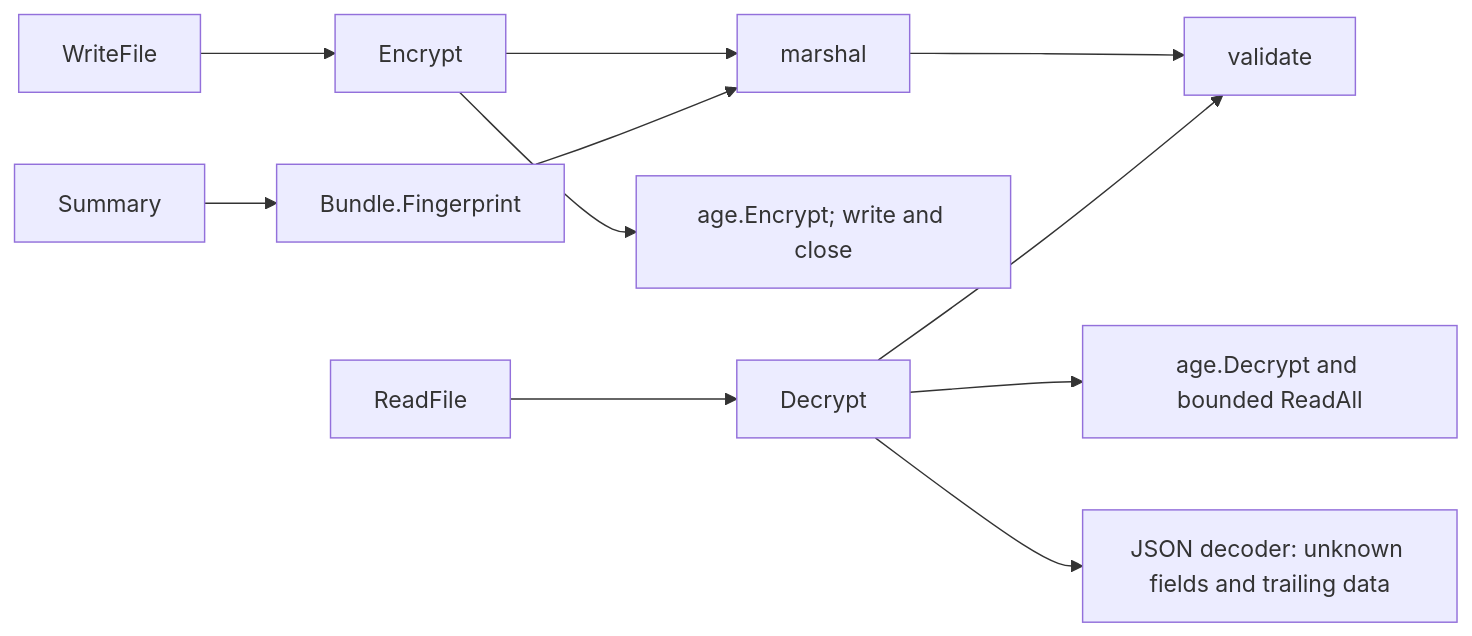
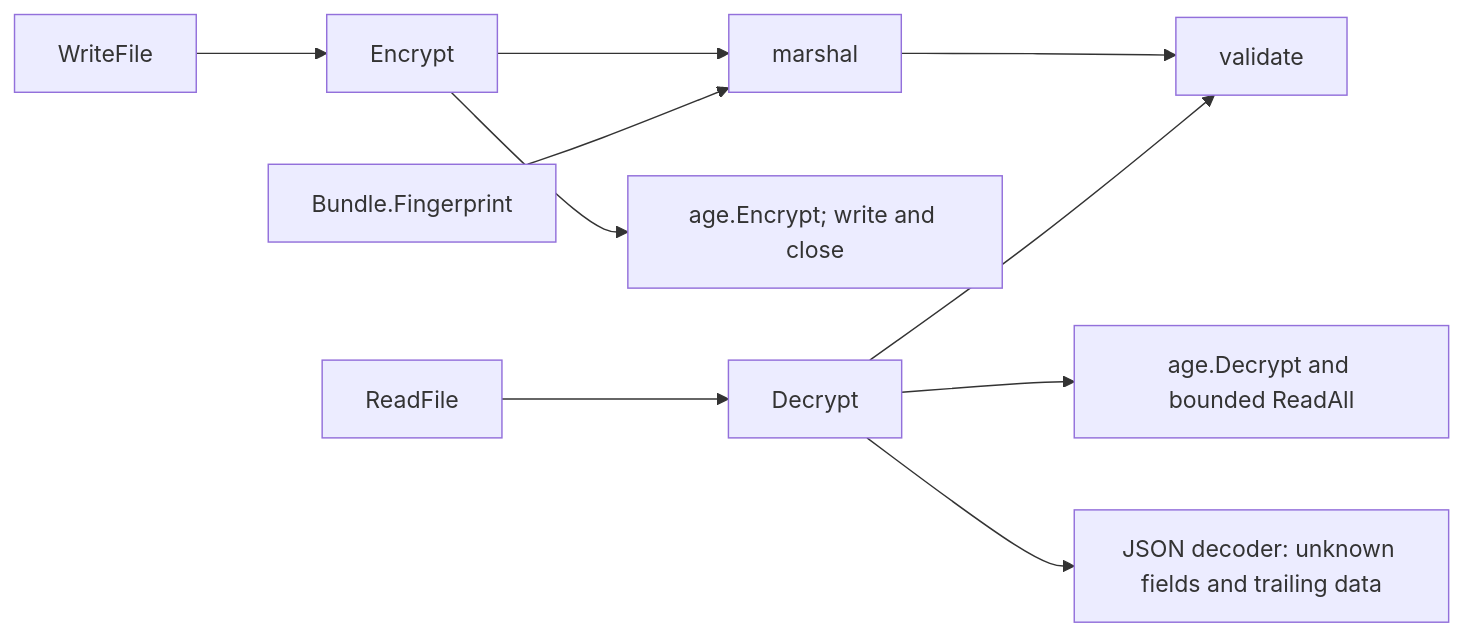
The first of 2 diagrams in internal/credentialbundle/README.md (nebler/fern), drawn with Mermaid before and after one commit. The commit also changed other lines of this file and 15 other files, not shown here.

````diff
--- a/internal/credentialbundle/README.md
+++ b/internal/credentialbundle/README.md
@@ -25,13 +25,12 @@
 ```mermaid
 graph LR
   write["WriteFile"] --> encrypt["Encrypt"]
   encrypt --> marshal["marshal"]
   marshal --> validate["validate"]
   encrypt --> age["age.Encrypt; write and close"]
   read["ReadFile"] --> decrypt["Decrypt"]
   decrypt --> stream["age.Decrypt and bounded ReadAll"]
   decrypt --> json["JSON decoder: unknown fields and trailing data"]
   decrypt --> validate
-  summary["Summary"] --> fingerprint["Bundle.Fingerprint"]
-  fingerprint --> marshal
+  fingerprint["Bundle.Fingerprint"] --> marshal
 ```
````
